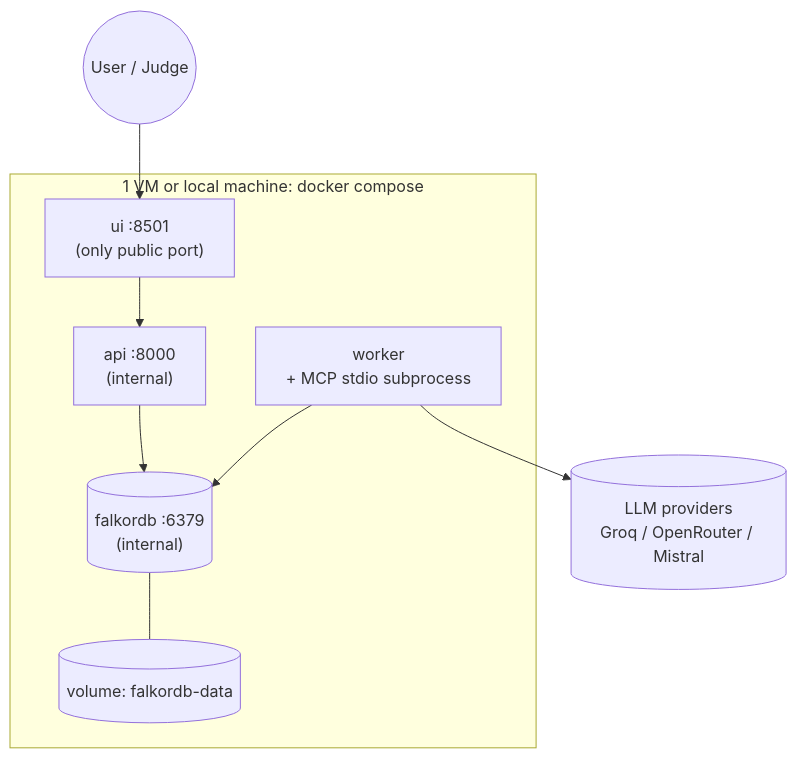
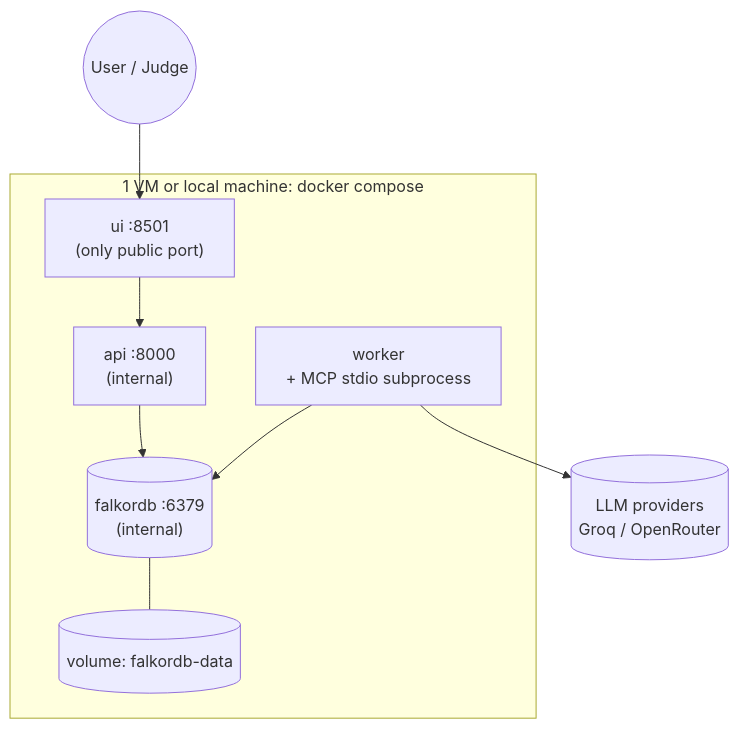
The third of 3 diagrams in docs/02_HLD.md (Yogender-Godara/breachpath), drawn with Mermaid before and after one commit. The commit also changed other lines of this file and 5 other files, not shown here.

Commit message:
Fix architecture diagrams, add scenario format and code tour, add MIT license

````diff
--- a/docs/02_HLD.md
+++ b/docs/02_HLD.md
@@ -304,16 +314,16 @@
 ```mermaid
 flowchart TB
     subgraph Host["1 VM or local machine: docker compose"]
         UI["ui :8501<br/>(only public port)"]
         API["api :8000<br/>(internal)"]
         WK["worker<br/>+ MCP stdio subprocess"]
         DB[("falkordb :6379<br/>(internal)")]
         VOL[(volume: falkordb-data)]
     end
     User((User / Judge)) --> UI
     UI --> API
     API --> DB
     WK --> DB
     DB --- VOL
-    WK --> LLMs[("LLM providers<br/>Groq / OpenRouter / Mistral")]
+    WK --> LLMs[("LLM providers<br/>Groq / OpenRouter")]
 ```
````
